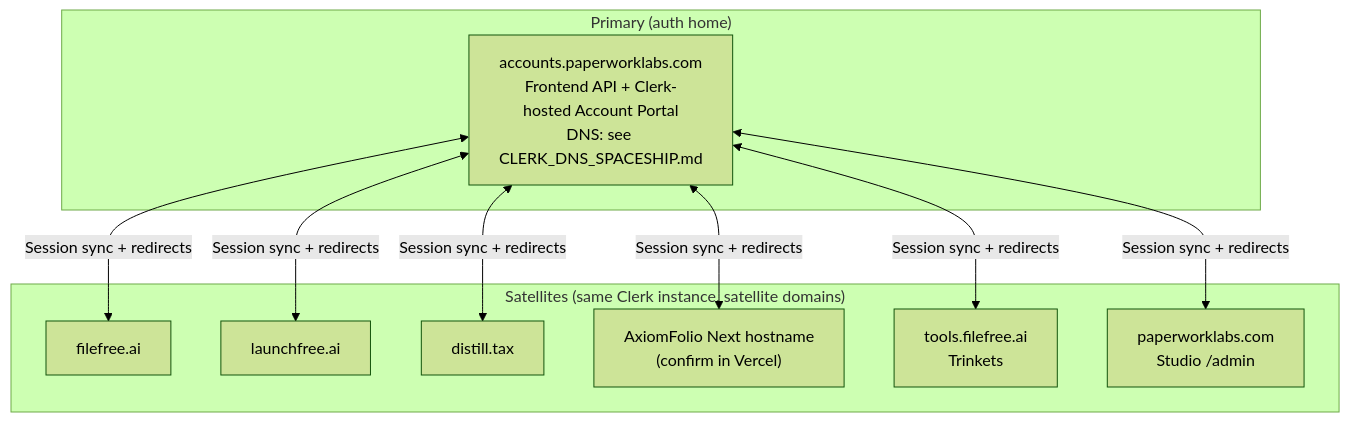
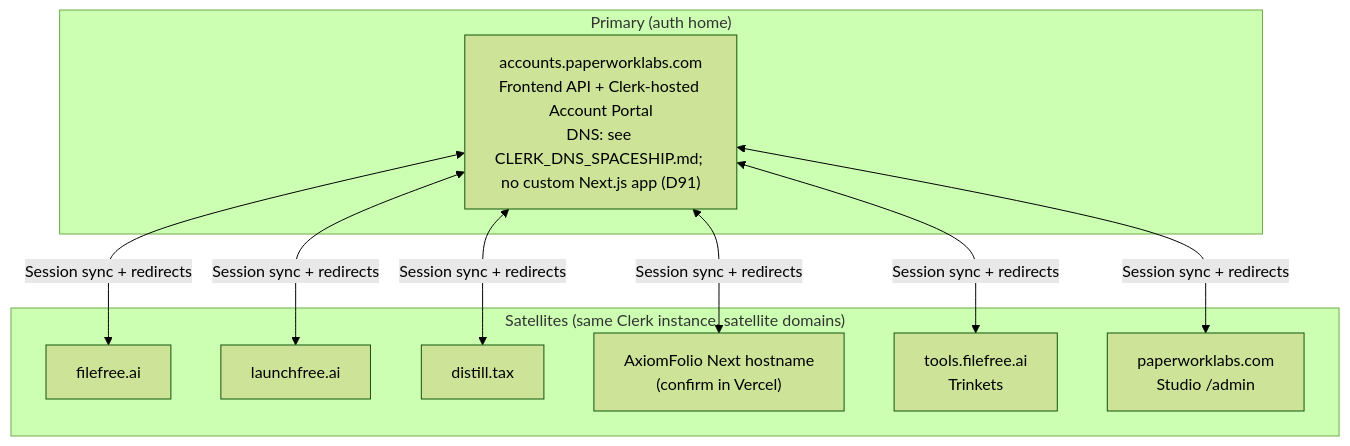
The diagram in docs/infra/CLERK_SATELLITE_TOPOLOGY.md (paperwork-labs/paperwork), drawn with Mermaid (forest theme) before and after one commit. The commit also changed other lines of this file and 8 other files, not shown here.

````diff
--- a/docs/infra/CLERK_SATELLITE_TOPOLOGY.md
+++ b/docs/infra/CLERK_SATELLITE_TOPOLOGY.md
@@ -21,20 +21,20 @@
 ```mermaid
 flowchart TB
   subgraph primary["Primary (auth home)"]
-    ACC["accounts.paperworklabs.com\nFrontend API + Clerk-hosted Account Portal\nDNS: see CLERK_DNS_SPACESHIP.md"]
+    ACC["accounts.paperworklabs.com\nFrontend API + Clerk-hosted Account Portal\nDNS: see CLERK_DNS_SPACESHIP.md; no custom Next.js app (D91)"]
   end
   subgraph satellites["Satellites (same Clerk instance, satellite domains)"]
     FF["filefree.ai"]
     LF["launchfree.ai"]
     DT["distill.tax"]
     AX["AxiomFolio Next hostname\n(confirm in Vercel)"]
     TR["tools.filefree.ai\nTrinkets"]
     STU["paperworklabs.com\nStudio /admin"]
   end
   ACC <-->|"Session sync + redirects"| FF
   ACC <-->|"Session sync + redirects"| LF
   ACC <-->|"Session sync + redirects"| DT
   ACC <-->|"Session sync + redirects"| AX
   ACC <-->|"Session sync + redirects"| TR
   ACC <-->|"Session sync + redirects"| STU
 ```
````
